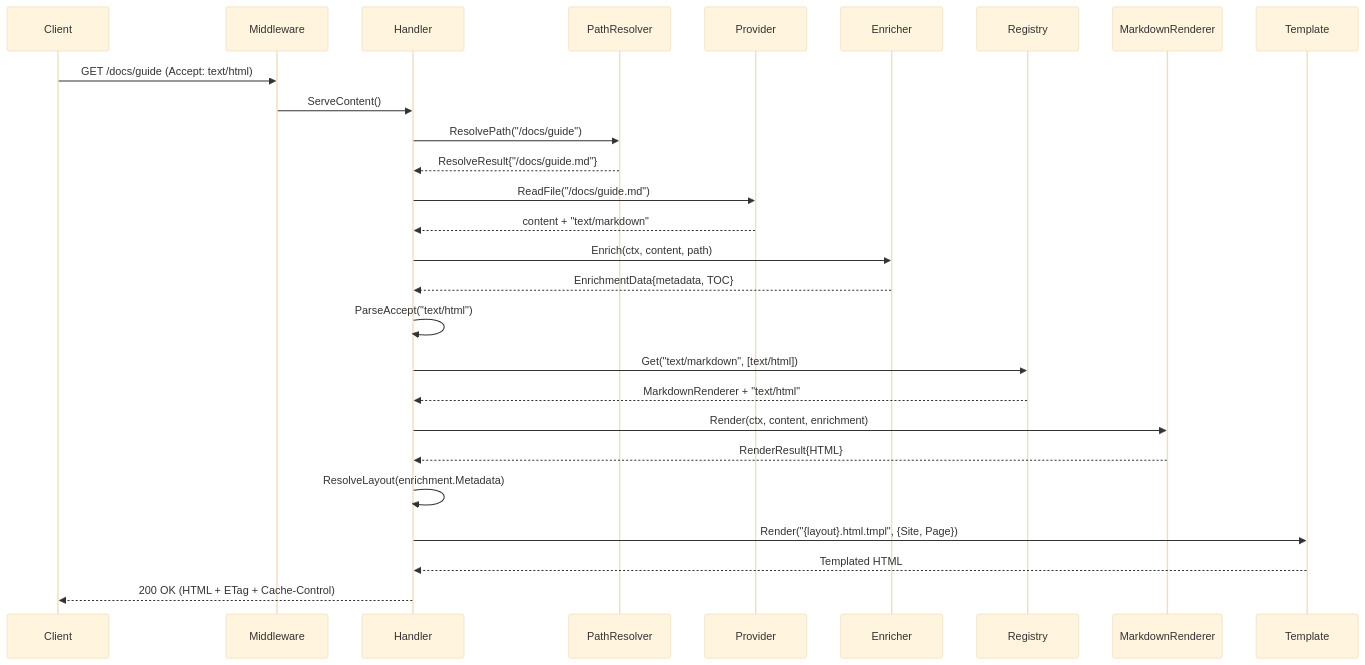
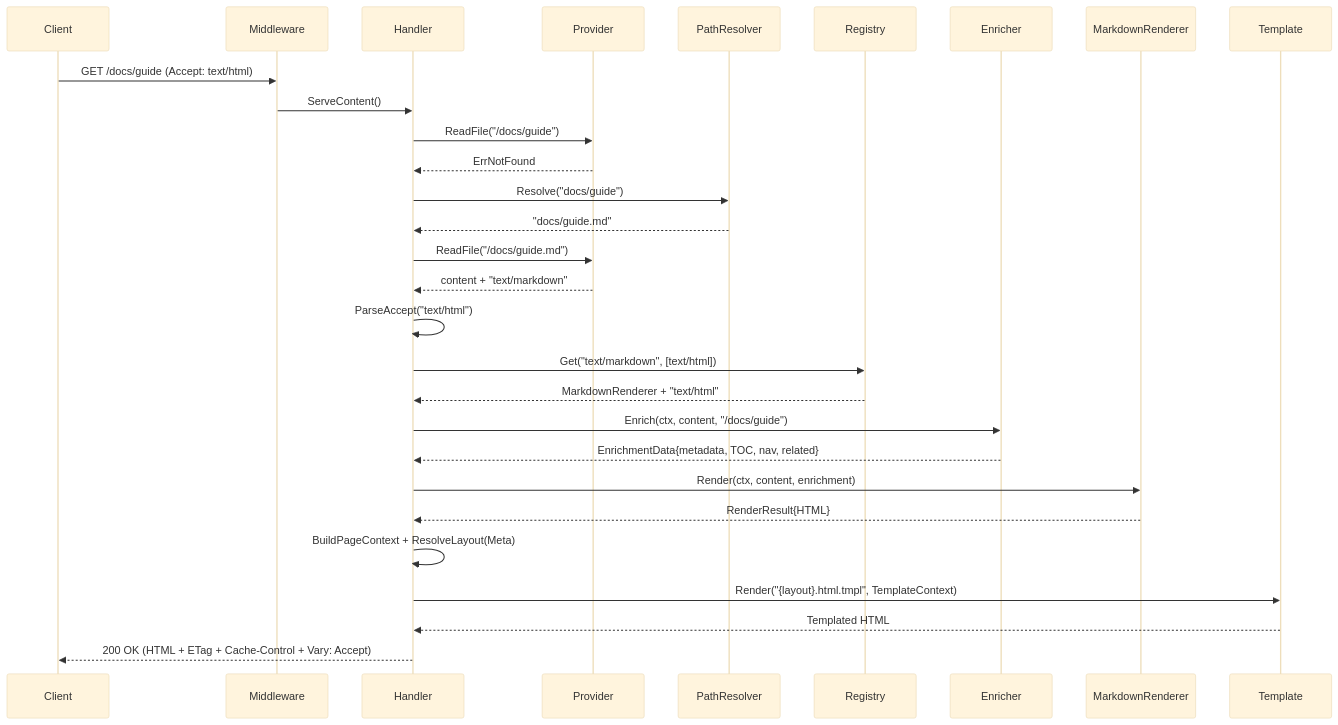
One commit to monolithiclab/gomddoc changed the second of 3 diagrams in docs/architecture.md. Above: the diagram before and after it, drawn with Mermaid (base theme). The commit also changed other lines of this file and 7 other files, not shown here.

Commit message:
docs: bring architecture, decisions, roadmap, README and CLAUDE.md up to date

````diff
--- a/docs/architecture.md
+++ b/docs/architecture.md
@@ -685,30 +871,32 @@
 ```mermaid
 sequenceDiagram
     participant C as Client
     participant M as Middleware
     participant H as Handler
+    participant P as Provider
     participant RES as PathResolver
-    participant P as Provider
+    participant Reg as Registry
     participant EN as Enricher
-    participant Reg as Registry
     participant R as MarkdownRenderer
     participant T as Template
 
     C->>M: GET /docs/guide (Accept: text/html)
     M->>H: ServeContent()
-    H->>RES: ResolvePath("/docs/guide")
-    RES-->>H: ResolveResult{"/docs/guide.md"}
+    H->>P: ReadFile("/docs/guide")
+    P-->>H: ErrNotFound
+    H->>RES: Resolve("docs/guide")
+    RES-->>H: "docs/guide.md"
     H->>P: ReadFile("/docs/guide.md")
     P-->>H: content + "text/markdown"
-    H->>EN: Enrich(ctx, content, path)
-    EN-->>H: EnrichmentData{metadata, TOC}
     H->>H: ParseAccept("text/html")
     H->>Reg: Get("text/markdown", [text/html])
     Reg-->>H: MarkdownRenderer + "text/html"
+    H->>EN: Enrich(ctx, content, "/docs/guide")
+    EN-->>H: EnrichmentData{metadata, TOC, nav, related}
     H->>R: Render(ctx, content, enrichment)
     R-->>H: RenderResult{HTML}
-    H->>H: ResolveLayout(enrichment.Metadata)
-    H->>T: Render("{layout}.html.tmpl", {Site, Page})
+    H->>H: BuildPageContext + ResolveLayout(Meta)
+    H->>T: Render("{layout}.html.tmpl", TemplateContext)
     T-->>H: Templated HTML
-    H-->>C: 200 OK (HTML + ETag + Cache-Control)
+    H-->>C: 200 OK (HTML + ETag + Cache-Control + Vary: Accept)
 ```
````
